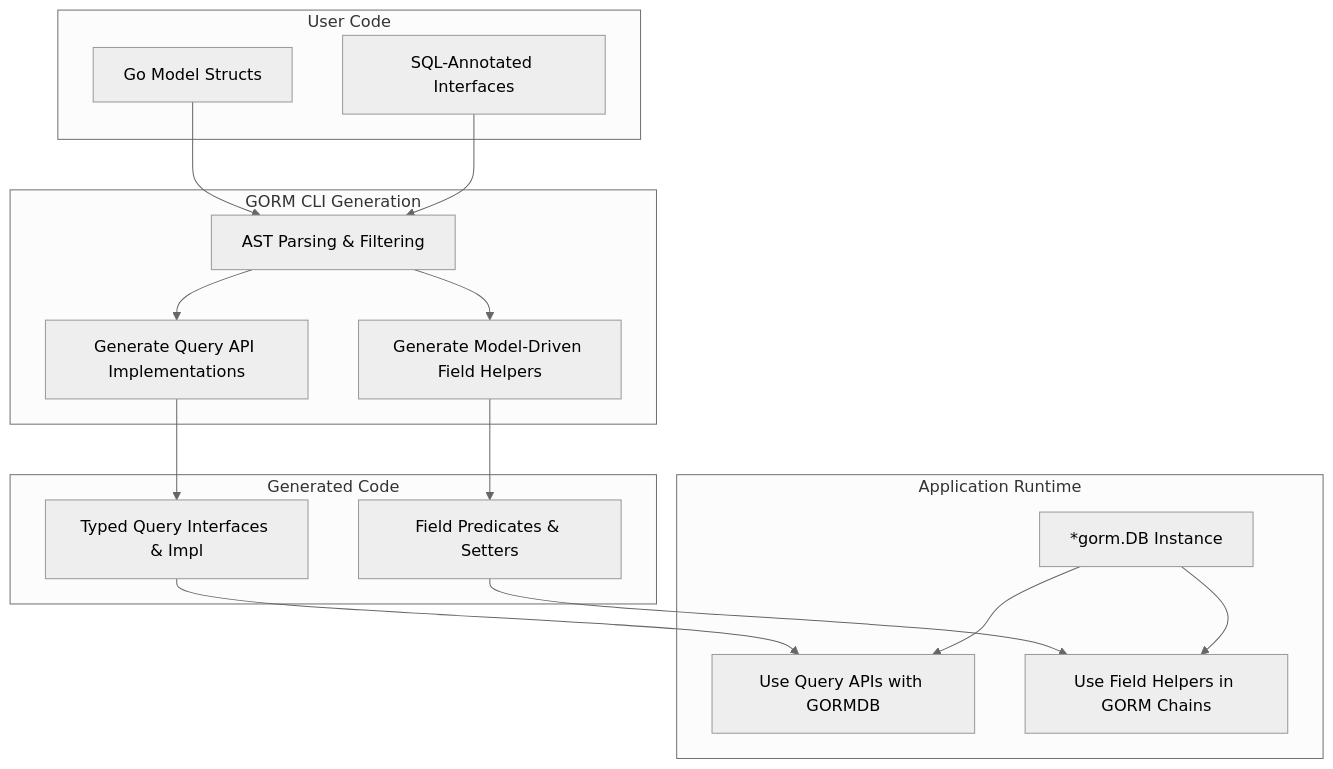
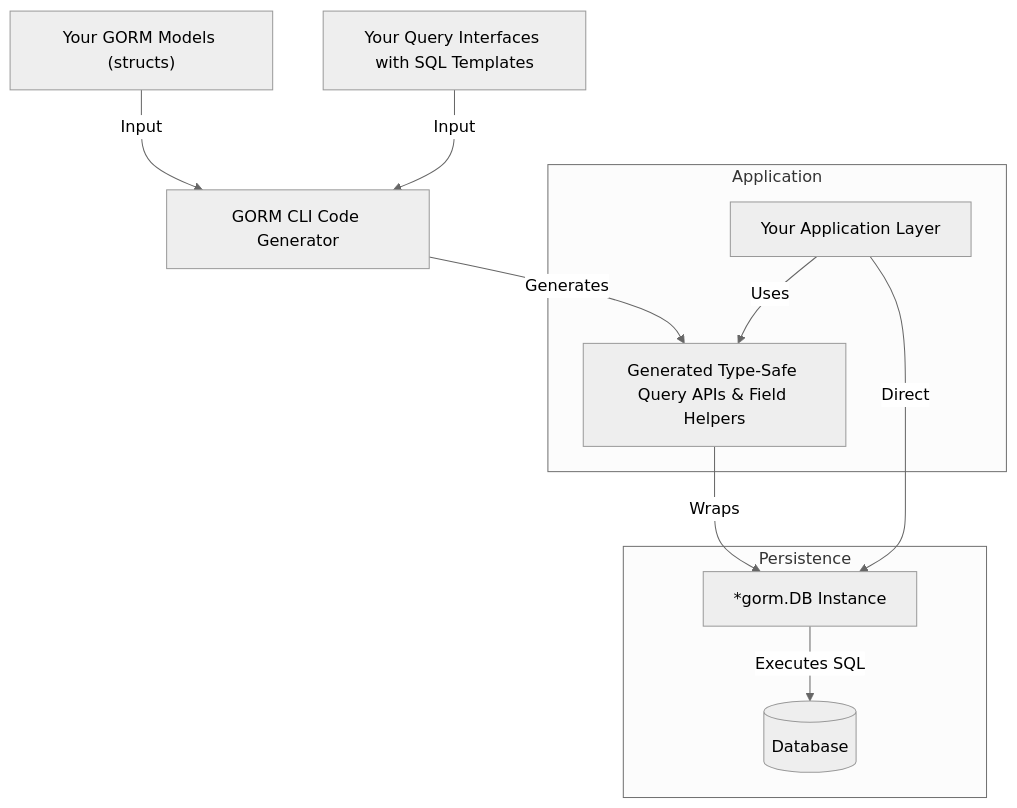
One commit to clidey/docucod-public-project-3a0e48a9-6b86-4d21-a930-072fe9723c66 changed the diagram in concepts/architecture-overview/integration-with-gorm.mdx. Above: the diagram before and after it, drawn with Mermaid (neutral theme). The commit also changed other lines of this file and 32 other files, not shown here.

````diff
--- a/concepts/architecture-overview/integration-with-gorm.mdx
+++ b/concepts/architecture-overview/integration-with-gorm.mdx
@@ -225,38 +215,20 @@
 ```mermaid
 flowchart TD
-  subgraph "User Code"
-    UModels["Go Model Structs"]
-    UInterfaces["SQL-Annotated Interfaces"]
+  UserModels["Your GORM Models (structs)"] -->|Input| CodeGenerator["GORM CLI Code Generator"]
+  UserInterfaces["Your Query Interfaces with SQL Templates"] -->|Input| CodeGenerator
+  CodeGenerator -->|Generates| GeneratedCode["Generated Type-Safe Query APIs & Field Helpers"]
+  GeneratedCode -->|Wraps| GormDB["*gorm.DB Instance"]
+  YourApp["Your Application Layer"] -->|Uses| GeneratedCode
+  YourApp -->|Direct| GormDB
+  GormDB -->|Executes SQL| Database[("Database")]
+
+  subgraph Application
+    YourApp
+    GeneratedCode
   end
 
-  subgraph "GORM CLI Generation"
-    Parse["AST Parsing & Filtering"]
-    GenerateQueryAPI["Generate Query API Implementations"]
-    GenerateFieldHelpers["Generate Model-Driven Field Helpers"]
+  subgraph Persistence
+    GormDB
+    Database
   end
-
-  subgraph "Generated Code"
-    QueryAPI["Typed Query Interfaces & Impl"]
-    FieldHelpers["Field Predicates & Setters"]
-  end
-
-  subgraph "Application Runtime"
-    GORMDB["*gorm.DB Instance"]
-    QueryUsage["Use Query APIs with GORMDB"]
-    FieldUsage["Use Field Helpers in GORM Chains"]
-  end
-
-  UModels --> Parse
-  UInterfaces --> Parse
-
-  Parse --> GenerateQueryAPI
-  Parse --> GenerateFieldHelpers
-
-  GenerateQueryAPI --> QueryAPI
-  GenerateFieldHelpers --> FieldHelpers
-
-  QueryAPI --> QueryUsage
-  FieldHelpers --> FieldUsage
-  GORMDB --> QueryUsage
-  GORMDB --> FieldUsage
 ```
````
